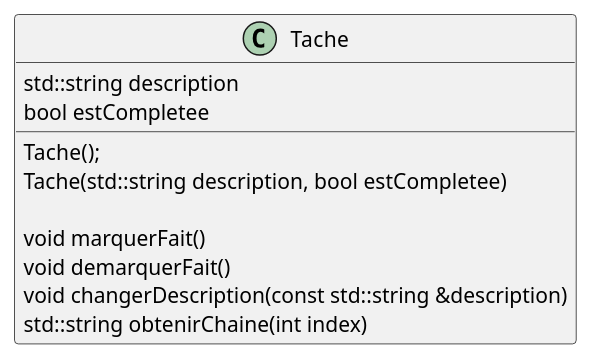
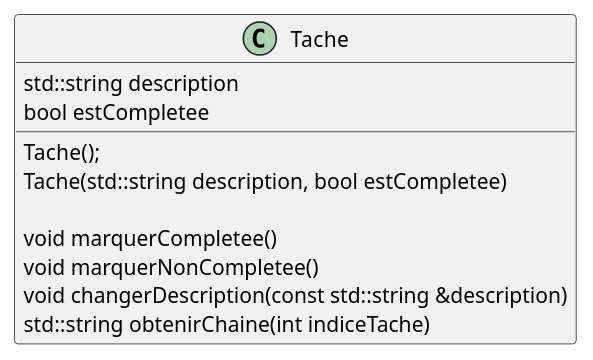
Before and after one commit to plbrault/420-SF2-RE: the third of 6 diagrams in laboratoires/lab02-oop1/consignes/lab02.md, drawn with PlantUML. The commit also changed other lines of this file and 5 other files, not shown here.

````diff
--- a/laboratoires/lab02-oop1/consignes/lab02.md
+++ b/laboratoires/lab02-oop1/consignes/lab02.md
@@ -294,16 +294,16 @@
 ```plantuml
 @startuml
 class Tache {
     std::string description
     bool estCompletee
 
     Tache();
     Tache(std::string description, bool estCompletee)
 
-    void marquerFait()
-    void demarquerFait()
+    void marquerCompletee()
+    void marquerNonCompletee()
     void changerDescription(const std::string &description)
-    std::string obtenirChaine(int index)
+    std::string obtenirChaine(int indiceTache)
 }
 @enduml
 ```
````
